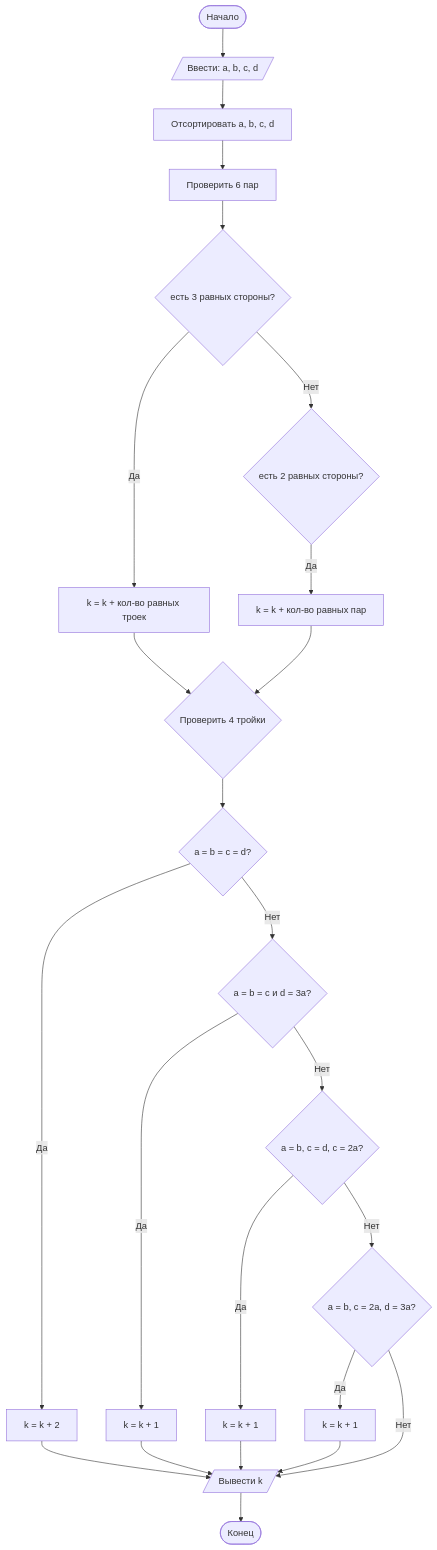
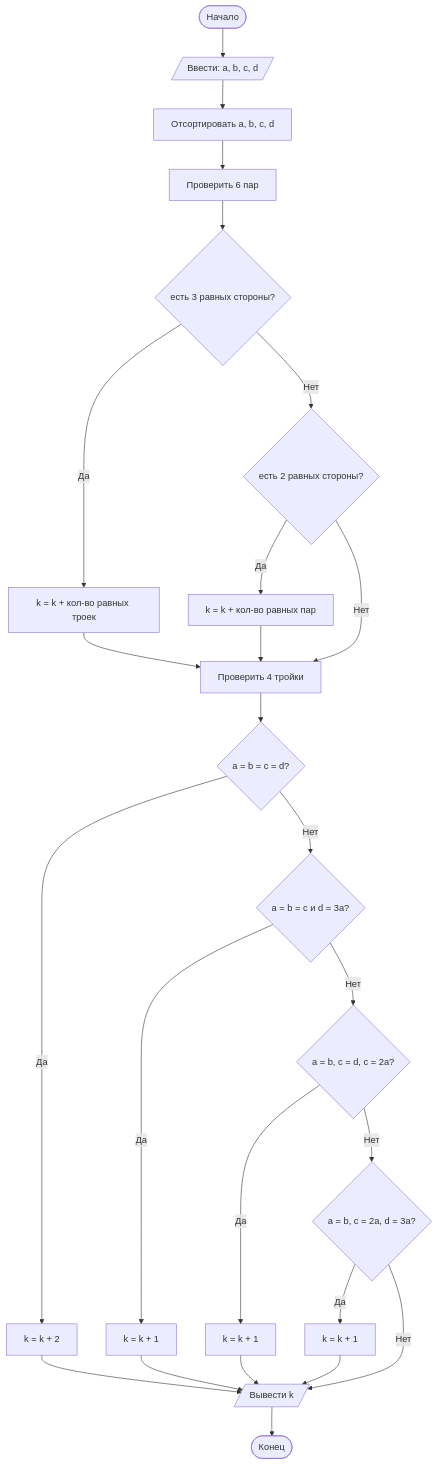
One commit to andreyka239/Lab1 changed the diagram in Lab1/README.md. Above: the diagram before and after it, drawn with Mermaid.

````diff
--- a/Lab1/README.md
+++ b/Lab1/README.md
@@ -142,26 +142,27 @@
 ```mermaid
 graph TD
         A([Начало]) --> B[/Ввести: a, b, c, d/]
         B --> C[Отсортировать a, b, c, d]
         C --> D[Проверить 6 пар]
         D --> Y{есть 3 равных стороны?}
         Y -- Да --> P[k = k + кол-во равных троек]
         Y -- Нет --> Q{есть 2 равных стороны?}
         Q -- Да --> V[k = k + кол-во равных пар]
-        P --> E{Проверить 4 тройки}
+        Q -- Нет --> E
+        P --> E[Проверить 4 тройки]
         E --> F{a = b = c = d?}
         F -- Да --> G[k = k + 2]
         F -- Нет --> H{a = b = c и d = 3a?}
         H -- Да --> I[k = k + 1]
         H -- Нет --> J{a = b, c = d, c = 2a?}
         J -- Да --> K[k = k + 1]
         J -- Нет --> L{a = b, c = 2a, d = 3a?}
         L -- Да --> M[k = k + 1]
         L -- Нет --> N[/Вывести k/]
         V --> E
         G --> N
         I --> N
         K --> N
         M --> N
         N --> O([Конец])
 ```
````
